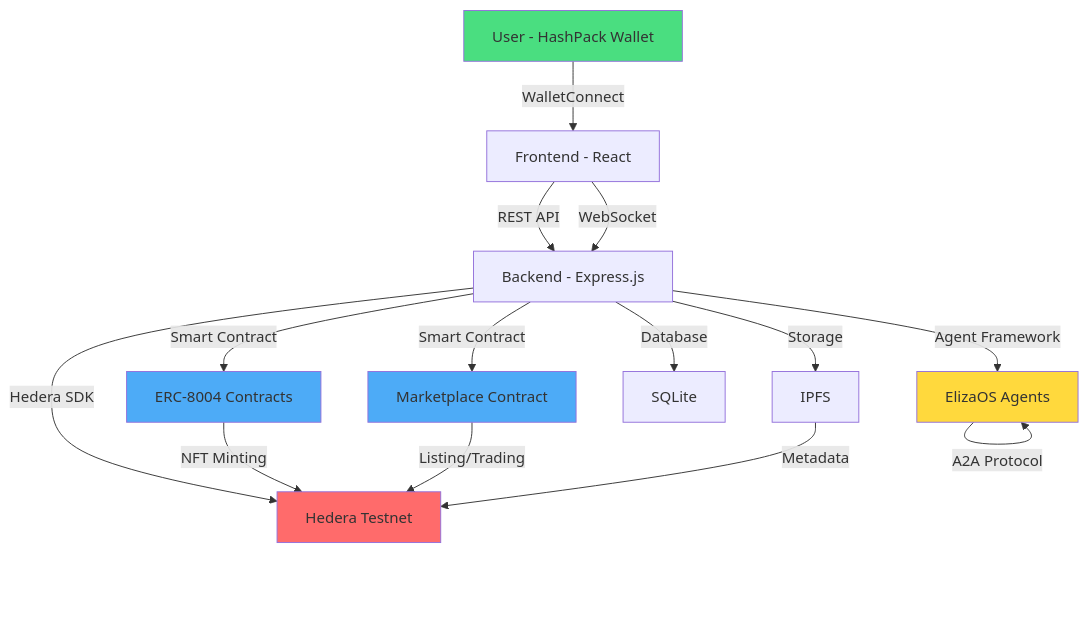
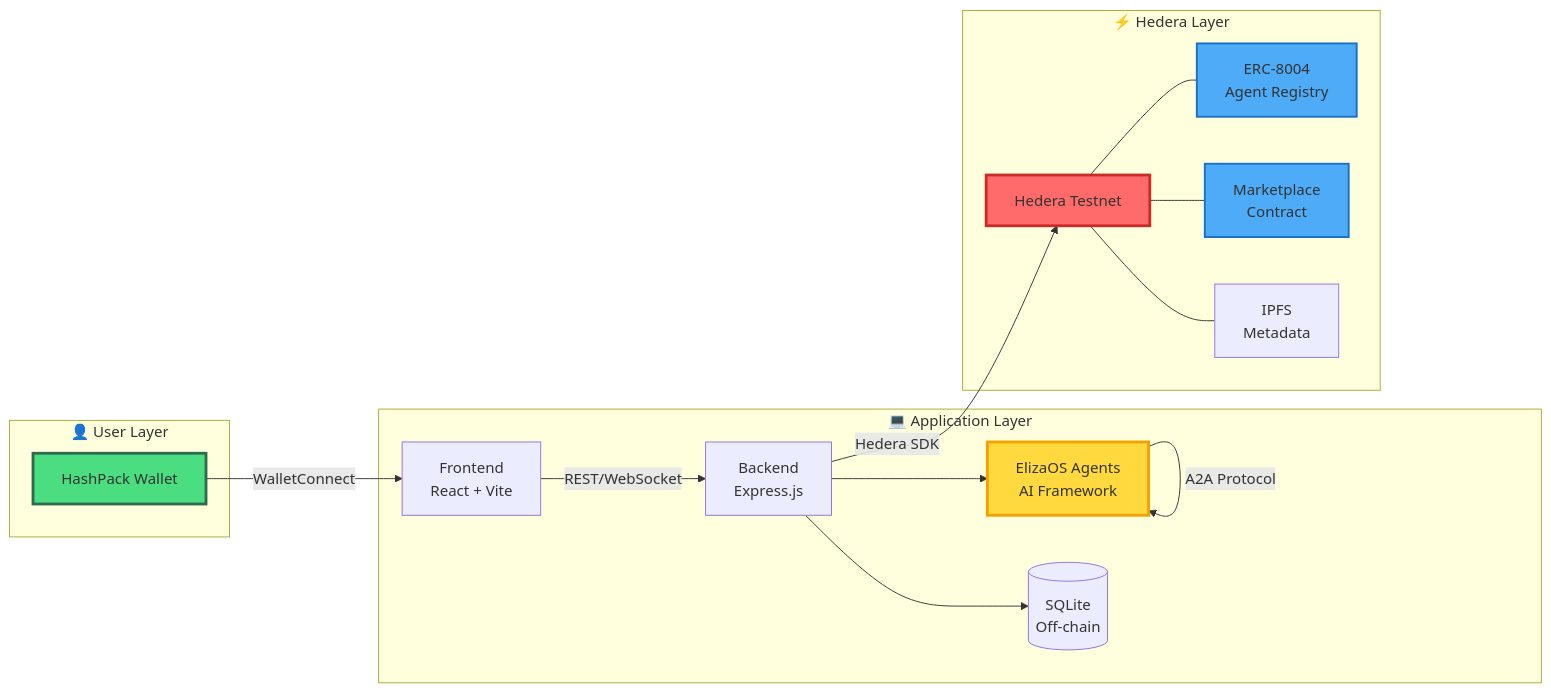
The diagram in slides.md (humuhimi/hedera-hackathon-ai-theme), drawn with Mermaid before and after one commit. The commit also changed other lines of this file and 1 other file, not shown here.

````diff
--- a/slides.md
+++ b/slides.md
@@ -218,22 +230,36 @@
 ```mermaid
-graph TB
-    A[User - HashPack Wallet] -->|WalletConnect| B[Frontend - React]
-    B -->|REST API| C[Backend - Express.js]
-    B -->|WebSocket| C
-    C -->|Hedera SDK| D[Hedera Testnet]
-    C -->|Smart Contract| E[ERC-8004 Contracts]
-    C -->|Smart Contract| M[Marketplace Contract]
-    C -->|Storage| F[IPFS]
-    C -->|Database| G[SQLite]
-    C -->|Agent Framework| H[ElizaOS Agents]
-    H -->|A2A Protocol| H
-    E -->|NFT Minting| D
-    M -->|Listing/Trading| D
-    F -->|Metadata| D
+flowchart LR
+    subgraph User["👤 User Layer"]
+        A[HashPack Wallet]
+    end
 
-    style A fill:#4ade80
-    style D fill:#ff6b6b
-    style E fill:#4dabf7
-    style M fill:#4dabf7
-    style H fill:#ffd93d
+    subgraph App["💻 Application Layer"]
+        B[Frontend<br/>React + Vite]
+        C[Backend<br/>Express.js]
+        D[ElizaOS Agents<br/>AI Framework]
+        E[(SQLite<br/>Off-chain)]
+    end
+
+    subgraph Hedera["⚡ Hedera Layer"]
+        F[Hedera Testnet]
+        G[ERC-8004<br/>Agent Registry]
+        H[Marketplace<br/>Contract]
+        I[IPFS<br/>Metadata]
+    end
+
+    A -->|WalletConnect| B
+    B -->|REST/WebSocket| C
+    C --> E
+    C --> D
+    C -->|Hedera SDK| F
+    F --- G
+    F --- H
+    F --- I
+    D -->|A2A Protocol| D
+
+    style A fill:#4ade80,stroke:#2d6a4f,stroke-width:3px
+    style F fill:#ff6b6b,stroke:#c92a2a,stroke-width:3px
+    style G fill:#4dabf7,stroke:#1971c2,stroke-width:2px
+    style H fill:#4dabf7,stroke:#1971c2,stroke-width:2px
+    style D fill:#ffd93d,stroke:#f59f00,stroke-width:3px
 ```
````
